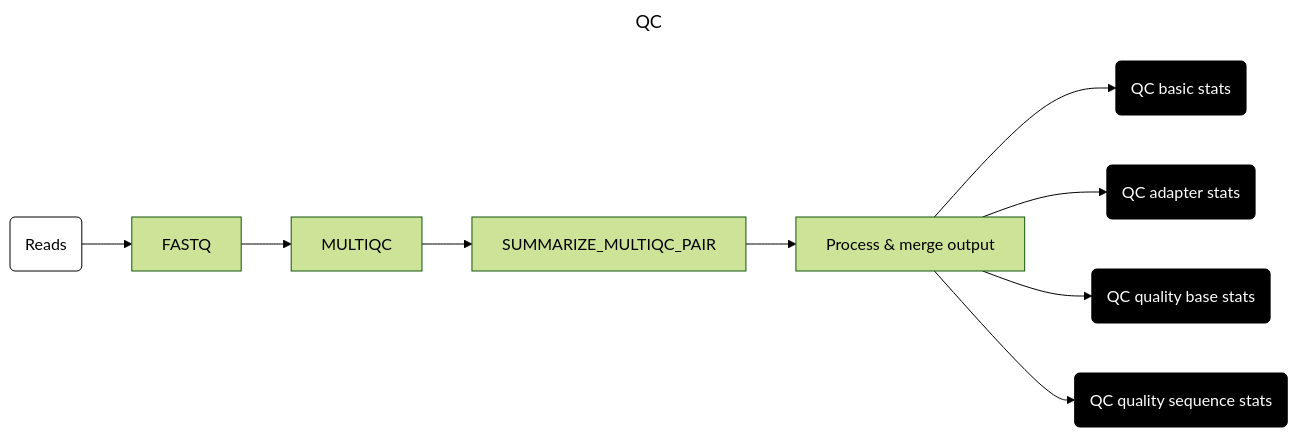
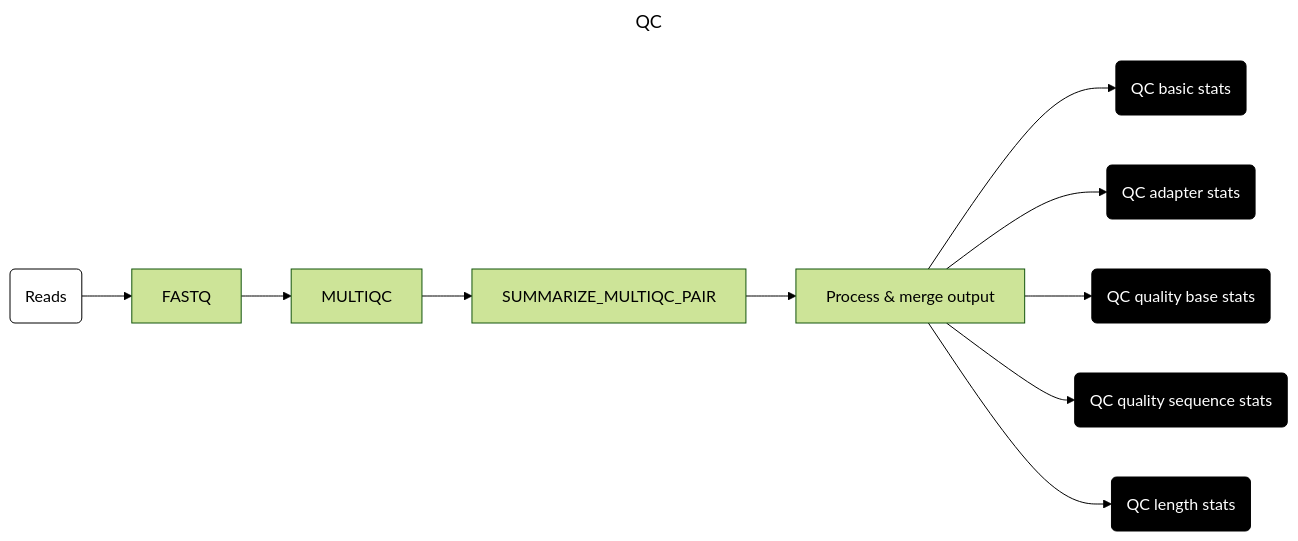
One commit to naobservatory/mgs-workflow changed the fourth of 8 diagrams in docs/run.md. Above: the diagram before and after it, drawn with Mermaid (forest theme). The commit also changed other lines of this file, not shown here.

````diff
--- a/docs/run.md
+++ b/docs/run.md
@@ -129,18 +129,19 @@
 ```mermaid
 ---
 title: QC
 config:
   layout: horizontal
 ---
 flowchart LR
 A(Reads) --> B[FASTQ]
 B --> C[MULTIQC]
 C --> D[SUMMARIZE_MULTIQC_PAIR]
 D --> E[Process & merge output]
-E --> F(QC basic stats) & G(QC adapter stats) & H(QC quality base stats) & I(QC quality sequence stats)
+E --> F(QC basic stats) & G(QC adapter stats) & H(QC quality base stats) & I(QC quality sequence stats) & J(QC length stats)
 style A fill:#fff,stroke:#000
 style F fill:#000,color:#fff,stroke:#000
 style G fill:#000,color:#fff,stroke:#000
 style H fill:#000,color:#fff,stroke:#000
 style I fill:#000,color:#fff,stroke:#000
+style J fill:#000,color:#fff,stroke:#000
 ```
````
